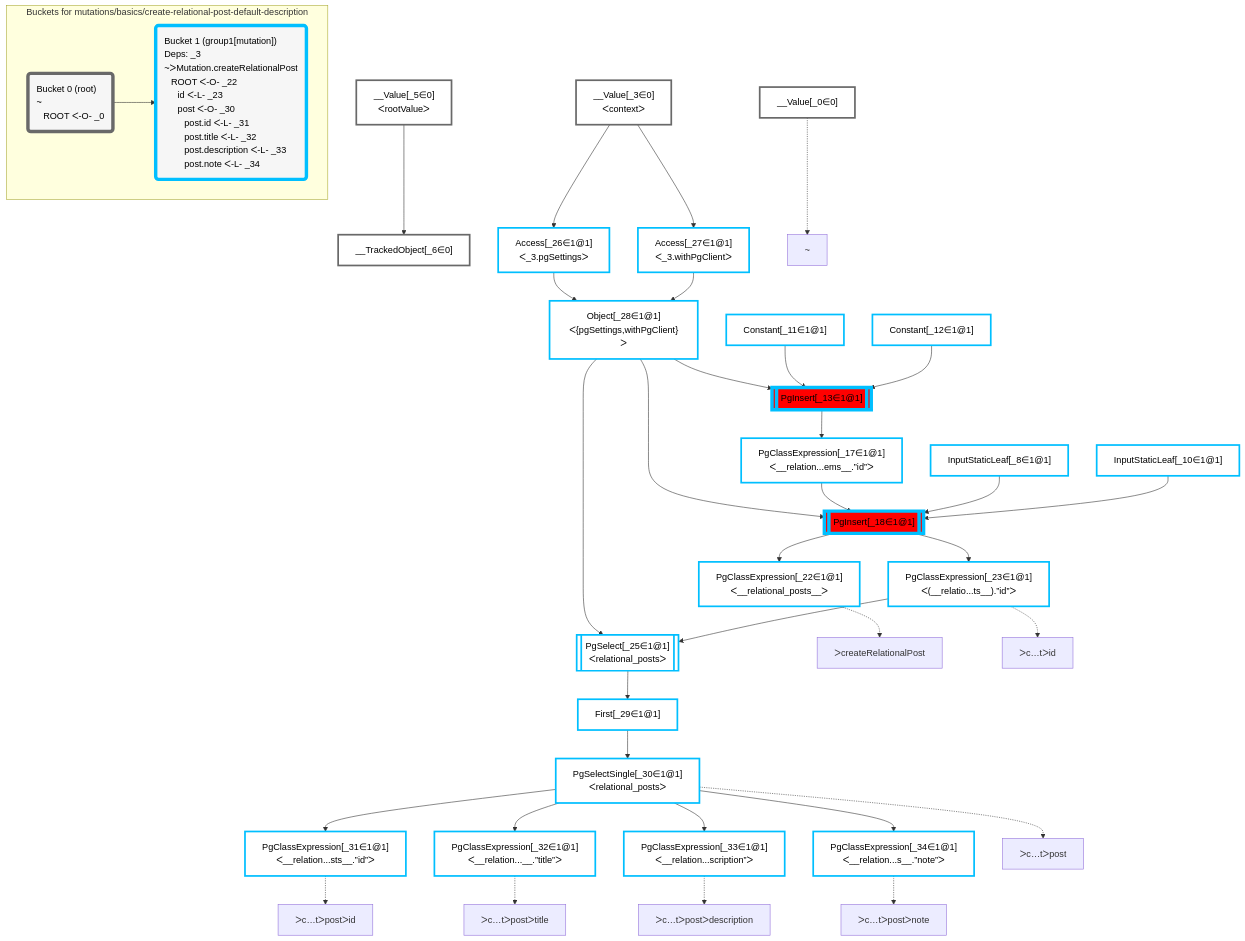
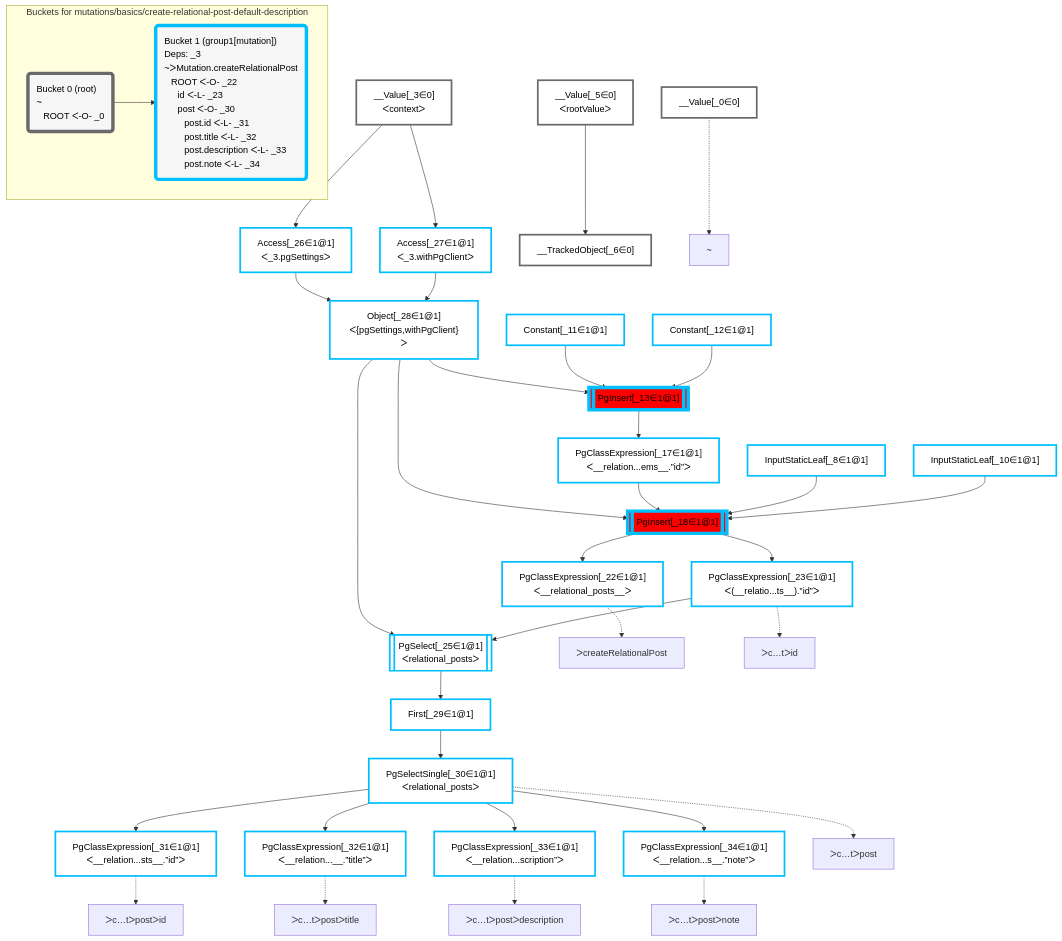
Before and after one commit to graphile/crystal: the diagram in packages/dataplan-pg/__tests__/mutations/basics/create-relational-post-default-description.mermaid.md, drawn with Mermaid. The commit also changed other lines of this file and 195 other files, not shown here.

````diff
--- a/packages/dataplan-pg/__tests__/mutations/basics/create-relational-post-default-description.mermaid.md
+++ b/packages/dataplan-pg/__tests__/mutations/basics/create-relational-post-default-description.mermaid.md
@@ -1,80 +1,80 @@
 ```mermaid
 graph TD
     classDef path fill:#eee,stroke:#000,color:#000
     classDef plan fill:#fff,stroke-width:3px,color:#000
     classDef itemplan fill:#fff,stroke-width:6px,color:#000
     classDef sideeffectplan fill:#f00,stroke-width:6px,color:#000
     classDef bucket fill:#f6f6f6,color:#000,stroke-width:6px,text-align:left
 
 
     %% define plans
     __Value_0["__Value[_0∈0]"]:::plan
+    PgClassExpression_22["PgClassExpression[_22∈1@1]<br />ᐸ__relational_posts__ᐳ"]:::plan
+    PgClassExpression_31["PgClassExpression[_31∈1@1]<br />ᐸ__relation...sts__.”id”ᐳ"]:::plan
+    PgClassExpression_32["PgClassExpression[_32∈1@1]<br />ᐸ__relation...__.”title”ᐳ"]:::plan
+    PgClassExpression_33["PgClassExpression[_33∈1@1]<br />ᐸ__relation...scription”ᐳ"]:::plan
+    PgClassExpression_34["PgClassExpression[_34∈1@1]<br />ᐸ__relation...s__.”note”ᐳ"]:::plan
+    PgSelectSingle_30["PgSelectSingle[_30∈1@1]<br />ᐸrelational_postsᐳ"]:::plan
+    First_29["First[_29∈1@1]"]:::plan
+    PgSelect_25[["PgSelect[_25∈1@1]<br />ᐸrelational_postsᐳ"]]:::plan
+    PgClassExpression_23["PgClassExpression[_23∈1@1]<br />ᐸ(__relatio...ts__).”id”ᐳ"]:::plan
+    PgInsert_18[["PgInsert[_18∈1@1]"]]:::sideeffectplan
+    PgClassExpression_17["PgClassExpression[_17∈1@1]<br />ᐸ__relation...ems__.”id”ᐳ"]:::plan
+    PgInsert_13[["PgInsert[_13∈1@1]"]]:::sideeffectplan
+    Object_28["Object[_28∈1@1]<br />ᐸ{pgSettings,withPgClient}ᐳ"]:::plan
+    Access_26["Access[_26∈1@1]<br />ᐸ_3.pgSettingsᐳ"]:::plan
+    Access_27["Access[_27∈1@1]<br />ᐸ_3.withPgClientᐳ"]:::plan
     __Value_3["__Value[_3∈0]<br />ᐸcontextᐳ"]:::plan
+    __TrackedObject_6["__TrackedObject[_6∈0]"]:::plan
     __Value_5["__Value[_5∈0]<br />ᐸrootValueᐳ"]:::plan
-    __TrackedObject_6["__TrackedObject[_6∈0]"]:::plan
     InputStaticLeaf_8["InputStaticLeaf[_8∈1@1]"]:::plan
     InputStaticLeaf_10["InputStaticLeaf[_10∈1@1]"]:::plan
     Constant_11["Constant[_11∈1@1]"]:::plan
     Constant_12["Constant[_12∈1@1]"]:::plan
-    PgInsert_13[["PgInsert[_13∈1@1]"]]:::sideeffectplan
-    PgClassExpression_17["PgClassExpression[_17∈1@1]<br />ᐸ__relation...ems__.”id”ᐳ"]:::plan
-    PgInsert_18[["PgInsert[_18∈1@1]"]]:::sideeffectplan
-    PgClassExpression_22["PgClassExpression[_22∈1@1]<br />ᐸ__relational_posts__ᐳ"]:::plan
-    PgClassExpression_23["PgClassExpression[_23∈1@1]<br />ᐸ(__relatio...ts__).”id”ᐳ"]:::plan
-    PgSelect_25[["PgSelect[_25∈1@1]<br />ᐸrelational_postsᐳ"]]:::plan
-    Access_26["Access[_26∈1@1]<br />ᐸ_3.pgSettingsᐳ"]:::plan
-    Access_27["Access[_27∈1@1]<br />ᐸ_3.withPgClientᐳ"]:::plan
-    Object_28["Object[_28∈1@1]<br />ᐸ{pgSettings,withPgClient}ᐳ"]:::plan
-    First_29["First[_29∈1@1]"]:::plan
-    PgSelectSingle_30["PgSelectSingle[_30∈1@1]<br />ᐸrelational_postsᐳ"]:::plan
-    PgClassExpression_31["PgClassExpression[_31∈1@1]<br />ᐸ__relation...sts__.”id”ᐳ"]:::plan
-    PgClassExpression_32["PgClassExpression[_32∈1@1]<br />ᐸ__relation...__.”title”ᐳ"]:::plan
-    PgClassExpression_33["PgClassExpression[_33∈1@1]<br />ᐸ__relation...scription”ᐳ"]:::plan
-    PgClassExpression_34["PgClassExpression[_34∈1@1]<br />ᐸ__relation...s__.”note”ᐳ"]:::plan
 
     %% plan dependencies
-    __Value_5 --> __TrackedObject_6
-    Object_28 & Constant_11 & Constant_12 --> PgInsert_13
-    PgInsert_13 --> PgClassExpression_17
-    Object_28 & PgClassExpression_17 & InputStaticLeaf_8 & InputStaticLeaf_10 --> PgInsert_18
     PgInsert_18 --> PgClassExpression_22
-    PgInsert_18 --> PgClassExpression_23
-    Object_28 & PgClassExpression_23 --> PgSelect_25
-    __Value_3 --> Access_26
-    __Value_3 --> Access_27
-    Access_26 & Access_27 --> Object_28
-    PgSelect_25 --> First_29
-    First_29 --> PgSelectSingle_30
     PgSelectSingle_30 --> PgClassExpression_31
     PgSelectSingle_30 --> PgClassExpression_32
     PgSelectSingle_30 --> PgClassExpression_33
     PgSelectSingle_30 --> PgClassExpression_34
+    First_29 --> PgSelectSingle_30
+    PgSelect_25 --> First_29
+    Object_28 & PgClassExpression_23 --> PgSelect_25
+    PgInsert_18 --> PgClassExpression_23
+    Object_28 & PgClassExpression_17 & InputStaticLeaf_8 & InputStaticLeaf_10 --> PgInsert_18
+    PgInsert_13 --> PgClassExpression_17
+    Object_28 & Constant_11 & Constant_12 --> PgInsert_13
+    Access_26 & Access_27 --> Object_28
+    __Value_3 --> Access_26
+    __Value_3 --> Access_27
+    __Value_5 --> __TrackedObject_6
 
     %% plan-to-path relationships
     P_0["~"]
     __Value_0 -.-> P_0
     P_22["ᐳcreateRelationalPost"]
     PgClassExpression_22 -.-> P_22
     P_23["ᐳc…tᐳid"]
     PgClassExpression_23 -.-> P_23
     P_30["ᐳc…tᐳpost"]
     PgSelectSingle_30 -.-> P_30
     P_31["ᐳc…tᐳpostᐳid"]
     PgClassExpression_31 -.-> P_31
     P_32["ᐳc…tᐳpostᐳtitle"]
     PgClassExpression_32 -.-> P_32
     P_33["ᐳc…tᐳpostᐳdescription"]
     PgClassExpression_33 -.-> P_33
     P_34["ᐳc…tᐳpostᐳnote"]
     PgClassExpression_34 -.-> P_34
 
     subgraph "Buckets for mutations/basics/create-relational-post-default-description"
     Bucket0("Bucket 0 (root)<br />~<br />⠀ROOT ᐸ-O- _0"):::bucket
     classDef bucket0 stroke:#696969
     class Bucket0,__Value_0,__Value_3,__Value_5,__TrackedObject_6 bucket0
     Bucket1("Bucket 1 (group1[mutation])<br />Deps: _3<br />~ᐳMutation.createRelationalPost<br />⠀ROOT ᐸ-O- _22<br />⠀⠀id ᐸ-L- _23<br />⠀⠀post ᐸ-O- _30<br />⠀⠀⠀post.id ᐸ-L- _31<br />⠀⠀⠀post.title ᐸ-L- _32<br />⠀⠀⠀post.description ᐸ-L- _33<br />⠀⠀⠀post.note ᐸ-L- _34"):::bucket
     classDef bucket1 stroke:#00bfff
     class Bucket1,InputStaticLeaf_8,InputStaticLeaf_10,Constant_11,Constant_12,PgInsert_13,PgClassExpression_17,PgInsert_18,PgClassExpression_22,PgClassExpression_23,PgSelect_25,Access_26,Access_27,Object_28,First_29,PgSelectSingle_30,PgClassExpression_31,PgClassExpression_32,PgClassExpression_33,PgClassExpression_34 bucket1
     Bucket0 --> Bucket1
     end
 ```
````
